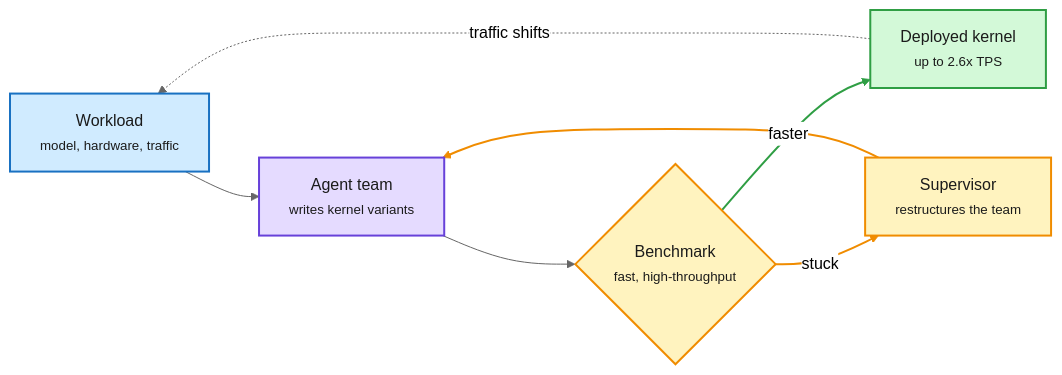
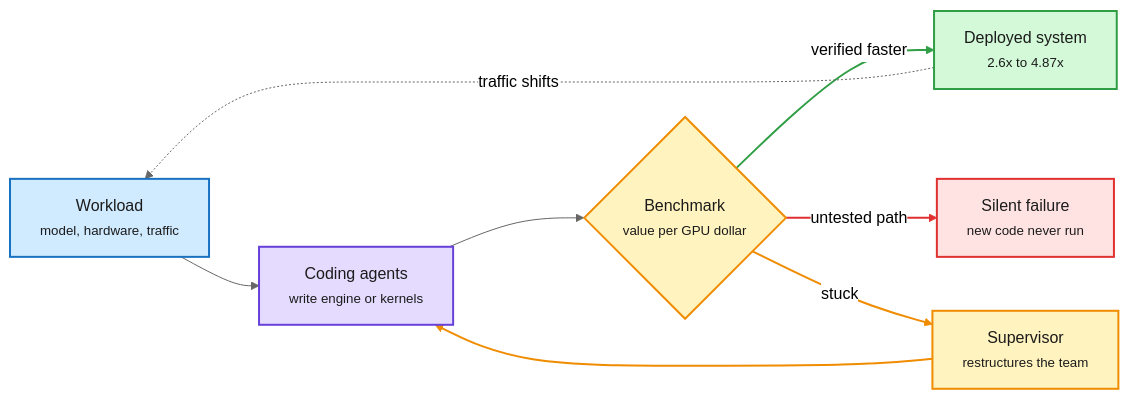
One commit to bayesiansapien/cere-bro changed the first of 2 diagrams in wiki/media-zone/2026-11/2026-11-05.md. Above: the diagram before and after it, drawn with Mermaid (neutral theme). The commit also changed other lines of this file, not shown here.

````diff
--- a/wiki/media-zone/2026-11/2026-11-05.md
+++ b/wiki/media-zone/2026-11/2026-11-05.md
@@ -50,20 +23,24 @@
 ```mermaid
 flowchart LR
-  W["Workload<br/><small>model, hardware, traffic</small>"] --> A["Agent team<br/><small>writes kernel variants</small>"]
-  A --> B{"Benchmark<br/><small>fast, high-throughput</small>"}
-  B -->|faster| K["Deployed kernel<br/><small>up to 2.6x TPS</small>"]
+  W["Workload<br/><small>model, hardware, traffic</small>"] --> A["Coding agents<br/><small>write engine or kernels</small>"]
+  A --> B{"Benchmark<br/><small>value per GPU dollar</small>"}
+  B -->|verified faster| K["Deployed system<br/><small>2.6x to 4.87x</small>"]
+  B -->|untested path| F["Silent failure<br/><small>new code never run</small>"]
   B -->|stuck| S["Supervisor<br/><small>restructures the team</small>"]
   S --> A
   K -.->|traffic shifts| W
   classDef input fill:#d0ebff,stroke:#1971c2,color:#1b1b1b,stroke-width:2px
   classDef core fill:#e5dbff,stroke:#6741d9,color:#1b1b1b,stroke-width:2px
   classDef loop fill:#fff3bf,stroke:#f08c00,color:#1b1b1b,stroke-width:2px
   classDef exit fill:#d3f9d8,stroke:#2f9e44,color:#1b1b1b,stroke-width:2px
+  classDef err fill:#ffe3e3,stroke:#e03131,color:#1b1b1b,stroke-width:2px
   class W input
   class A core
   class B,S loop
   class K exit
+  class F err
   linkStyle 2 stroke:#2f9e44,stroke-width:2px
-  linkStyle 3 stroke:#f08c00,stroke-width:2px
+  linkStyle 3 stroke:#e03131,stroke-width:2px
   linkStyle 4 stroke:#f08c00,stroke-width:2px
+  linkStyle 5 stroke:#f08c00,stroke-width:2px
 ```
````
